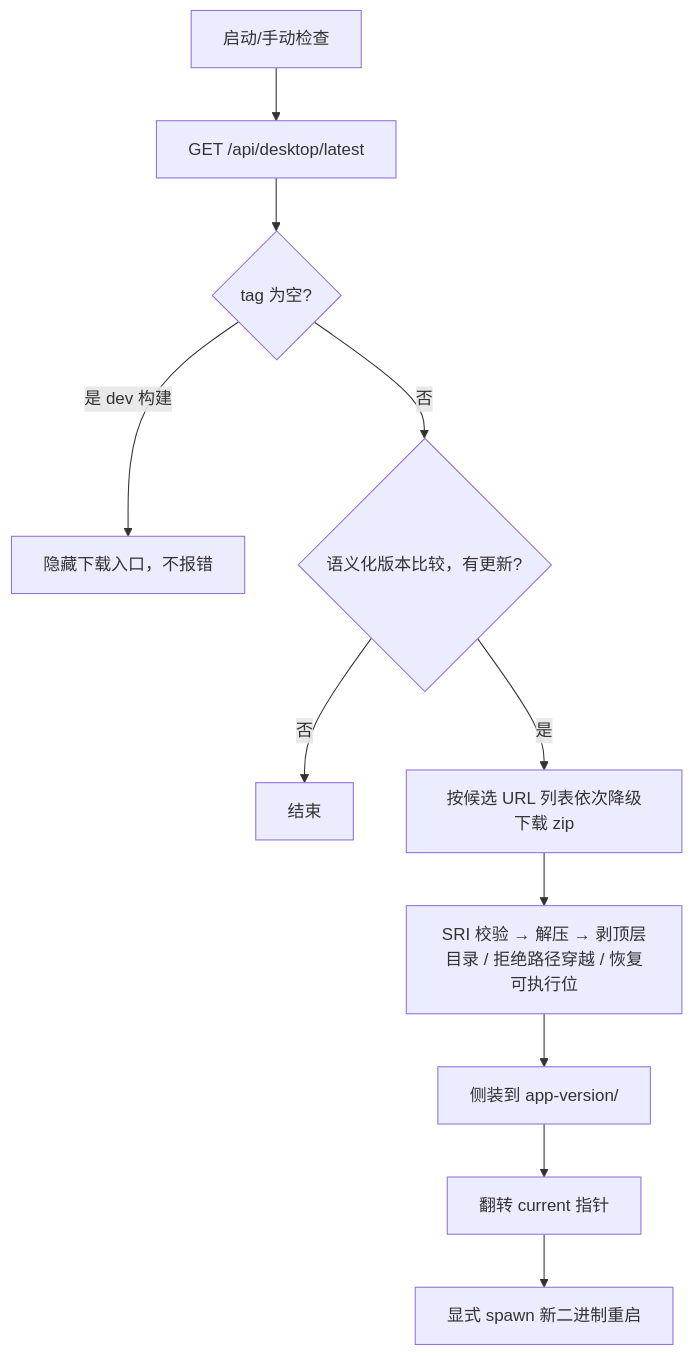
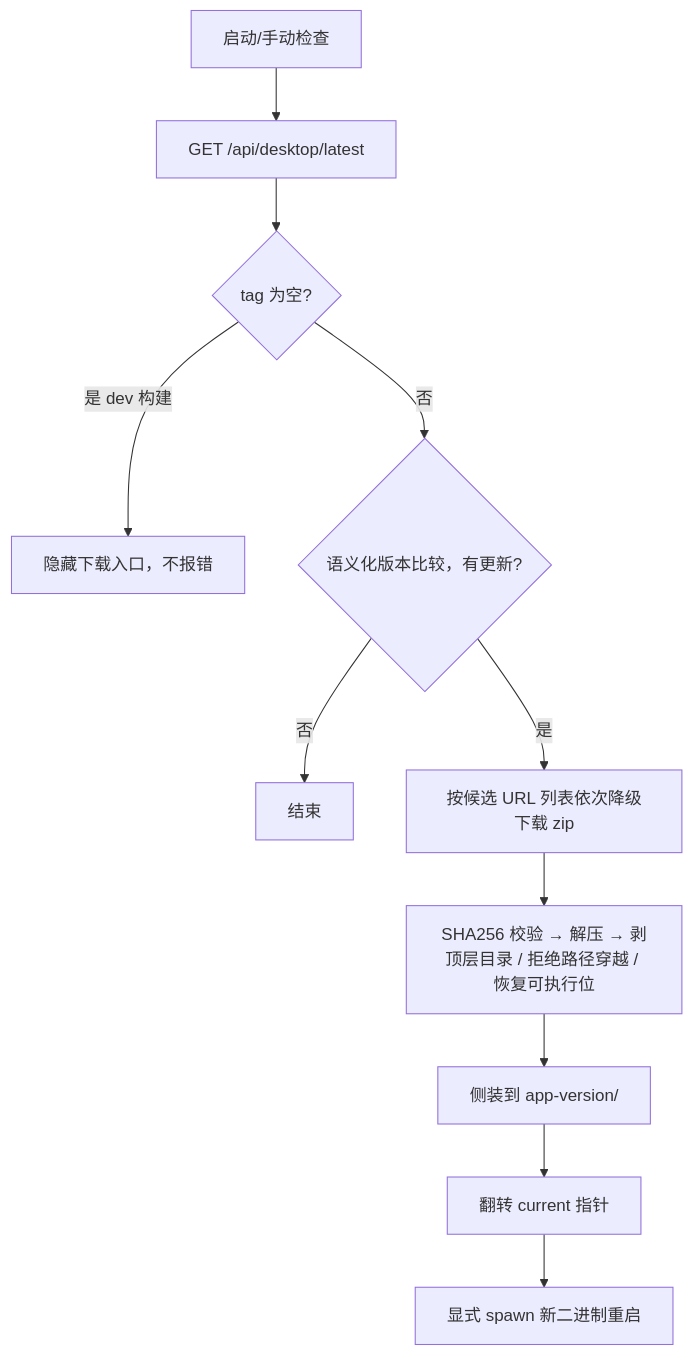
Before and after one commit to clawbench-dev/clawbench: the third of 4 diagrams in docs/spec/client/desktop-client.md, drawn with Mermaid. The commit also changed other lines of this file and 59 other files, not shown here.

````diff
--- a/docs/spec/client/desktop-client.md
+++ b/docs/spec/client/desktop-client.md
@@ -83,13 +83,13 @@
 ```mermaid
 flowchart TD
     A[启动/手动检查] --> B[GET /api/desktop/latest]
     B --> C{tag 为空?}
     C -->|是 dev 构建| D[隐藏下载入口，不报错]
     C -->|否| E{语义化版本比较，有更新?}
     E -->|否| F[结束]
     E -->|是| G[按候选 URL 列表依次降级下载 zip]
-    G --> H[SRI 校验 → 解压 → 剥顶层目录 / 拒绝路径穿越 / 恢复可执行位]
+    G --> H[SHA256 校验 → 解压 → 剥顶层目录 / 拒绝路径穿越 / 恢复可执行位]
     H --> I[侧装到 app-version/]
     I --> J[翻转 current 指针]
     J --> K[显式 spawn 新二进制重启]
 ```
````
